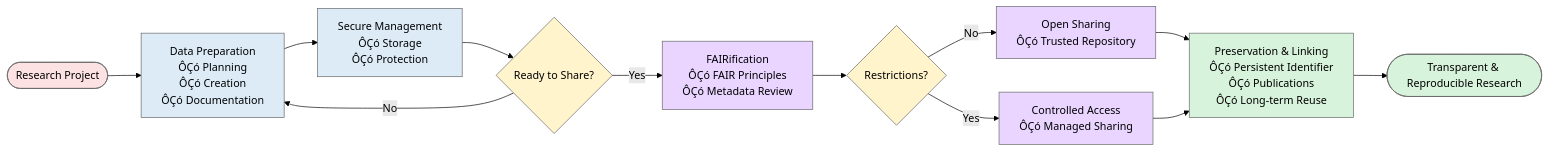
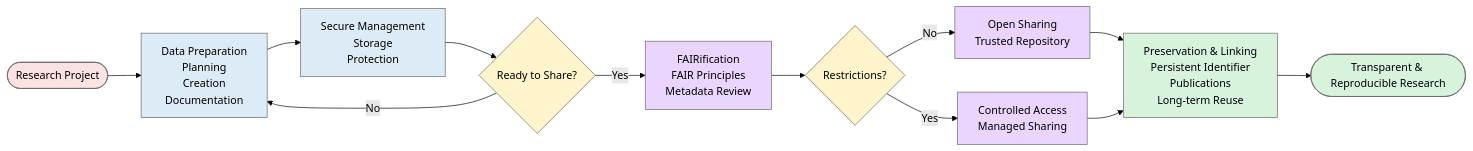
Before and after one commit to Digital-Future-Institute/CoARA: the diagram in 4.1-DMP-Data-Management-and-Sharing-Metadata-and-Standards.md, drawn with Mermaid (forest theme). The commit also changed other lines of this file, not shown here.

````diff
--- a/4.1-DMP-Data-Management-and-Sharing-Metadata-and-Standards.md
+++ b/4.1-DMP-Data-Management-and-Sharing-Metadata-and-Standards.md
@@ -79,66 +74,66 @@
 ```mermaid
 flowchart LR
 
     A([Research Project])
 
     B["Data Preparation
-    ÔÇó Planning
-    ÔÇó Creation
-    ÔÇó Documentation"]
+     Planning
+     Creation
+     Documentation"]
 
     C["Secure Management
-    ÔÇó Storage
-    ÔÇó Protection"]
+     Storage
+     Protection"]
 
     D{"Ready to Share?"}
 
     E["FAIRification
-    ÔÇó FAIR Principles
-    ÔÇó Metadata Review"]
+     FAIR Principles
+     Metadata Review"]
 
     F{"Restrictions?"}
 
     G["Open Sharing
-    ÔÇó Trusted Repository"]
+     Trusted Repository"]
 
     H["Controlled Access
-    ÔÇó Managed Sharing"]
+     Managed Sharing"]
 
     I["Preservation & Linking
-    ÔÇó Persistent Identifier
-    ÔÇó Publications
-    ÔÇó Long-term Reuse"]
+     Persistent Identifier
+     Publications
+     Long-term Reuse"]
 
     J([Transparent & Reproducible Research])
 
     %% Main flow
     A --> B
     B --> C
     C --> D
 
     D -->|No| B
     D -->|Yes| E
 
     E --> F
 
     F -->|No| G
     F -->|Yes| H
 
     G --> I
     H --> I
 
     I --> J
 
     %% Styling
     classDef pink fill:#FDE2E4,color:#000,stroke:#666;
     classDef blue fill:#DDEBF7,color:#000,stroke:#666;
     classDef yellow fill:#FFF4CC,color:#000,stroke:#666;
     classDef purple fill:#E9D5FF,color:#000,stroke:#666;
     classDef green fill:#D8F3DC,color:#000,stroke:#666;
 
     class A pink
     class B,C blue
     class D,F yellow
     class E,G,H purple
     class I,J green
 ```
````
